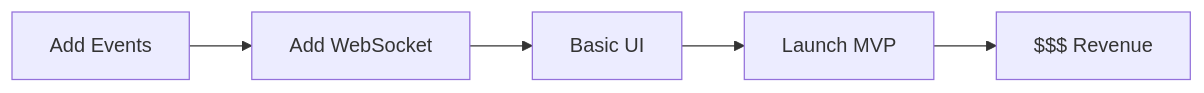
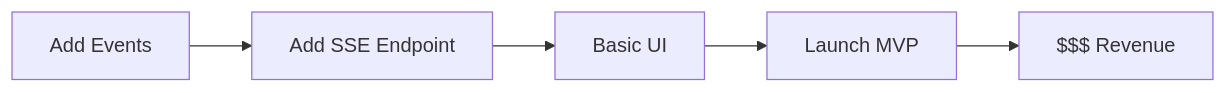
Before and after one commit to nielspeter/agent-orchestration-system: the diagram in docs/web-ui-proof-of-concept.md, drawn with Mermaid. The commit also changed other lines of this file and 314 other files, not shown here.

````diff
--- a/docs/web-ui-proof-of-concept.md
+++ b/docs/web-ui-proof-of-concept.md
@@ -137,7 +149,7 @@
 ```mermaid
 graph LR
-    Events[Add Events] --> WebSocket[Add WebSocket]
-    WebSocket --> BasicUI[Basic UI]
+    Events[Add Events] --> SSE[Add SSE Endpoint]
+    SSE --> BasicUI[Basic UI]
     BasicUI --> Launch[Launch MVP]
     Launch --> Revenue[$$$ Revenue]
 ```
````
